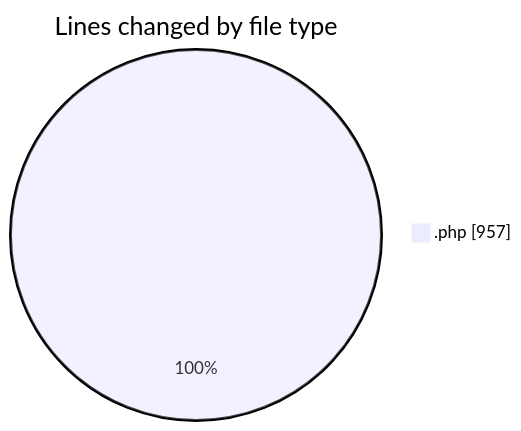
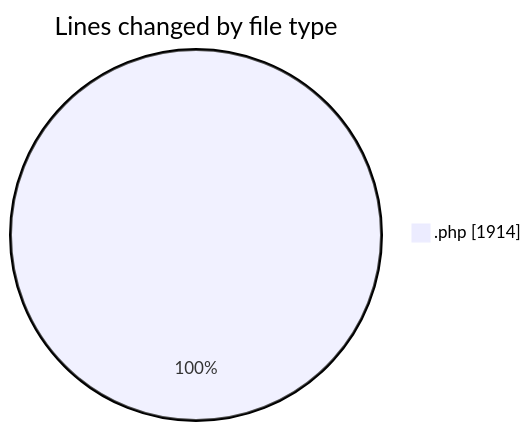
One commit to debugP/code-tracking changed the first of 2 diagrams in 2025-09-25/jmb-limit-daily-sales/README.md. Above: the diagram before and after it, drawn with Mermaid. The commit also changed other lines of this file and 1 other file, not shown here.

````diff
--- a/2025-09-25/jmb-limit-daily-sales/README.md
+++ b/2025-09-25/jmb-limit-daily-sales/README.md
@@ -20,5 +21,5 @@
 ```mermaid
 pie showData
 title Lines changed by file type
-".php" : 957
+".php" : 1914
 ```
````
